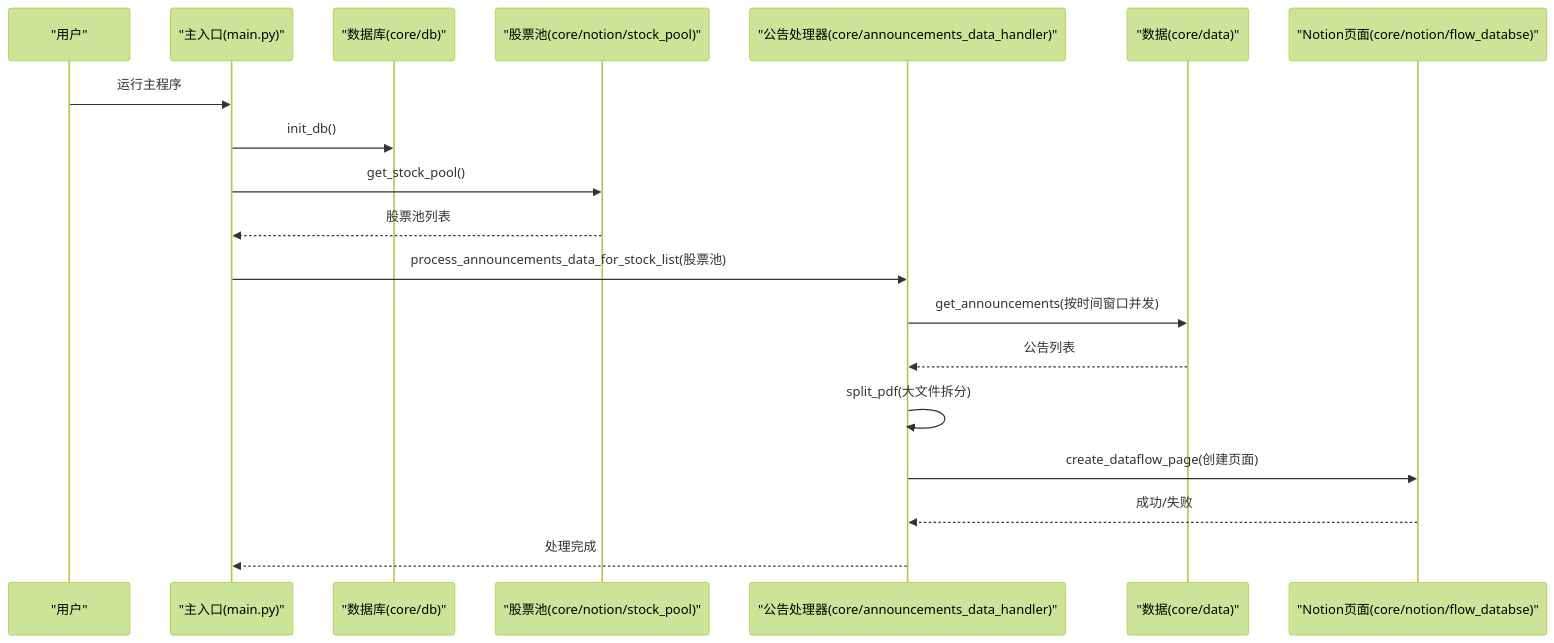
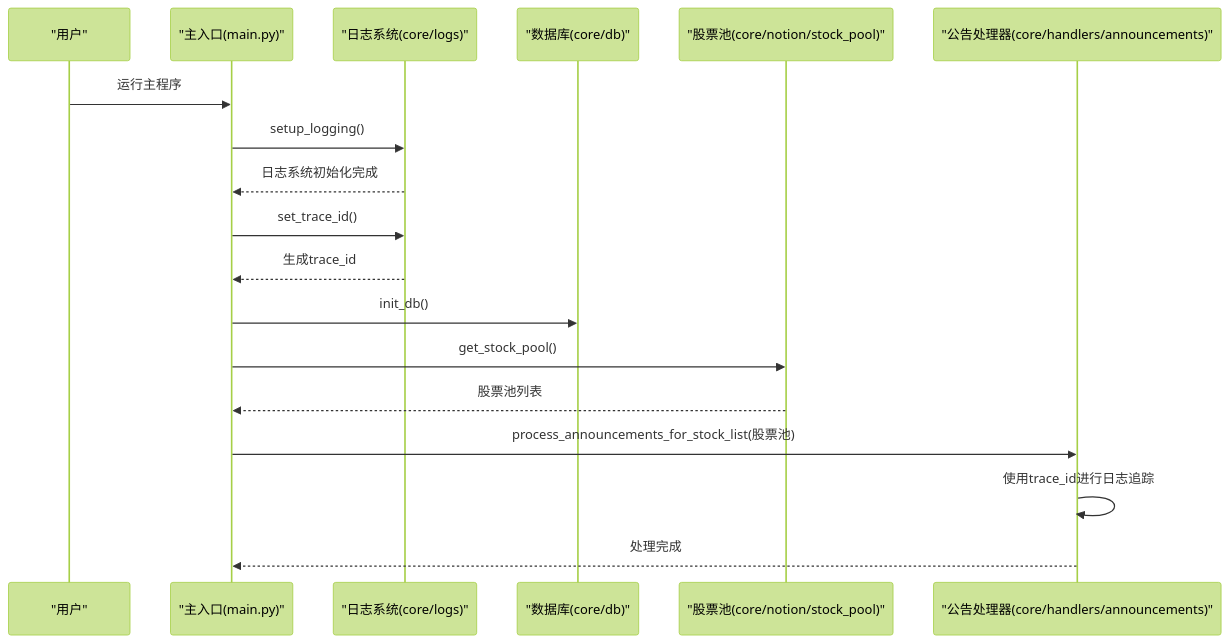
The second of 3 diagrams in .qoder/repowiki/zh/content/核心模块详解/主入口模块.md (iverwong/DataLife), drawn with Mermaid (forest theme) before and after one commit. The commit also changed other lines of this file and 14 other files, not shown here.

````diff
--- a/.qoder/repowiki/zh/content/核心模块详解/主入口模块.md
+++ b/.qoder/repowiki/zh/content/核心模块详解/主入口模块.md
@@ -86,21 +93,20 @@
 ```mermaid
 sequenceDiagram
 participant U as "用户"
 participant M as "主入口(main.py)"
+participant LS as "日志系统(core/logs)"
 participant DB as "数据库(core/db)"
 participant NP as "股票池(core/notion/stock_pool)"
-participant ADH as "公告处理器(core/announcements_data_handler)"
-participant ND as "数据(core/data)"
-participant NF as "Notion页面(core/notion/flow_databse)"
+participant ADH as "公告处理器(core/handlers/announcements)"
 U->>M : 运行主程序
+M->>LS : setup_logging()
+LS-->>M : 日志系统初始化完成
+M->>LS : set_trace_id()
+LS-->>M : 生成trace_id
 M->>DB : init_db()
 M->>NP : get_stock_pool()
 NP-->>M : 股票池列表
-M->>ADH : process_announcements_data_for_stock_list(股票池)
-ADH->>ND : get_announcements(按时间窗口并发)
-ND-->>ADH : 公告列表
-ADH->>ADH : split_pdf(大文件拆分)
-ADH->>NF : create_dataflow_page(创建页面)
-NF-->>ADH : 成功/失败
+M->>ADH : process_announcements_for_stock_list(股票池)
+ADH->>ADH : 使用trace_id进行日志追踪
 ADH-->>M : 处理完成
 ```
````
